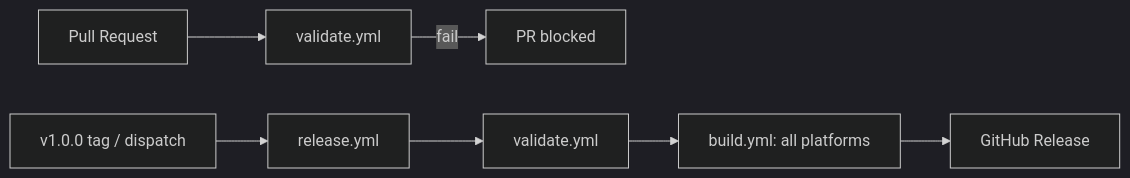
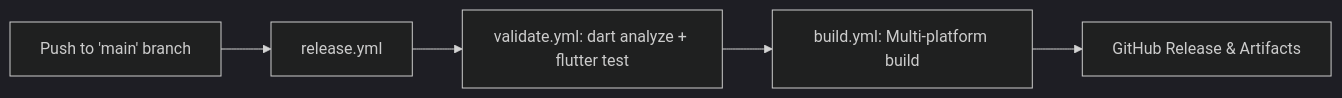
One commit to ssbhatia1/26_2_DineMaster changed the diagram in README.md. Above: the diagram before and after it, drawn with Mermaid (dark theme). The commit also changed other lines of this file and 21 other files, not shown here.

````diff
--- a/README.md
+++ b/README.md
@@ -158,10 +381,7 @@
 ```mermaid
 flowchart LR
-    PR[Pull Request] --> PRJ[validate.yml]
-    PRJ --> |fail| FAIL[PR blocked]
-
-    Tag[v1.0.0 tag / dispatch] --> R[release.yml]
-    R --> V[validate.yml]
-    V --> RB[build.yml: all platforms]
-    RB --> GHR[GitHub Release]
+    PushMain[Push to 'main' branch] --> R[release.yml]
+    R --> V[validate.yml: dart analyze + flutter test]
+    V --> RB[build.yml: Multi-platform build]
+    RB --> GHR[GitHub Release & Artifacts]
 ```
````
